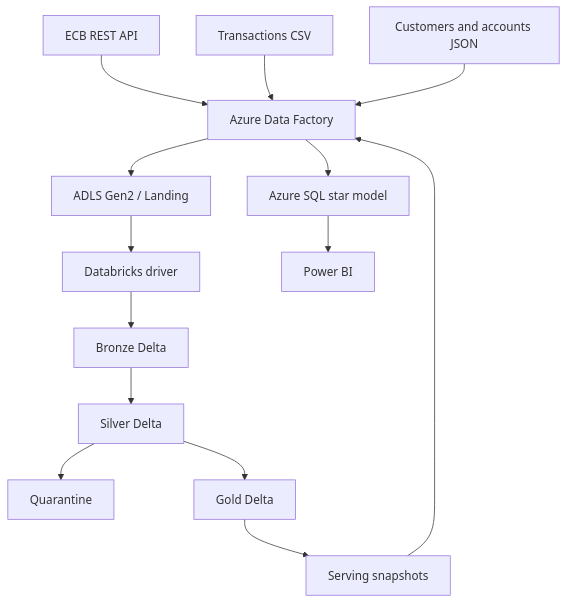
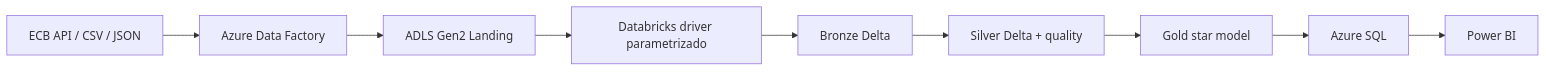
The second of 2 diagrams in 23-azure-adf-databricks-bank-fx/docs/architecture.md (franciscosalaspla/data-engineering-portfolio), drawn with Mermaid before and after one commit. The commit also changed other lines of this file and 27 other files, not shown here.

Commit message:
feat(project-23): add ADF Landing and Bronze ingestion

````diff
--- a/23-azure-adf-databricks-bank-fx/docs/architecture.md
+++ b/23-azure-adf-databricks-bank-fx/docs/architecture.md
@@ -9,16 +69,11 @@
 ```mermaid
-flowchart TD
-    API["ECB REST API"] --> ADF["Azure Data Factory"]
-    CSV["Transactions CSV"] --> ADF
-    JSON["Customers and accounts JSON"] --> ADF
-    ADF --> LAND["ADLS Gen2 / Landing"]
-    LAND --> DRIVER["Databricks driver"]
-    DRIVER --> BRONZE["Bronze Delta"]
-    BRONZE --> SILVER["Silver Delta"]
-    SILVER --> QUAR["Quarantine"]
-    SILVER --> GOLD["Gold Delta"]
-    GOLD --> EXPORT["Serving snapshots"]
-    EXPORT --> ADF
-    ADF --> SQL["Azure SQL star model"]
+flowchart LR
+    S["ECB API / CSV / JSON"] --> ADF["Azure Data Factory"]
+    ADF --> ADLS["ADLS Gen2 Landing"]
+    ADLS --> DBX["Databricks driver parametrizado"]
+    DBX --> BR["Bronze Delta"]
+    BR --> SI["Silver Delta + quality"]
+    SI --> GO["Gold star model"]
+    GO --> SQL["Azure SQL"]
     SQL --> PBI["Power BI"]
 ```
````
